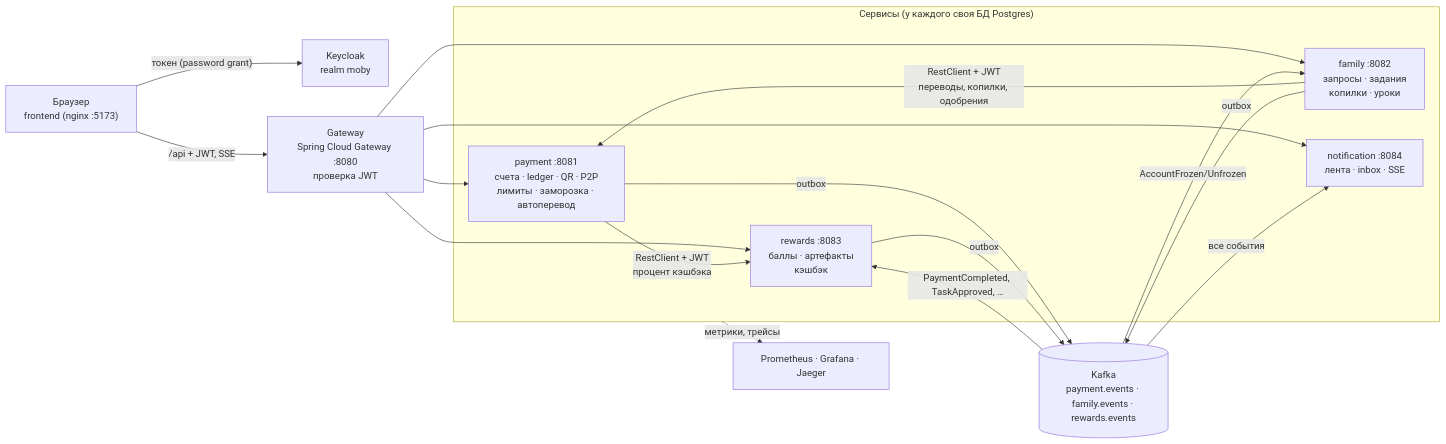
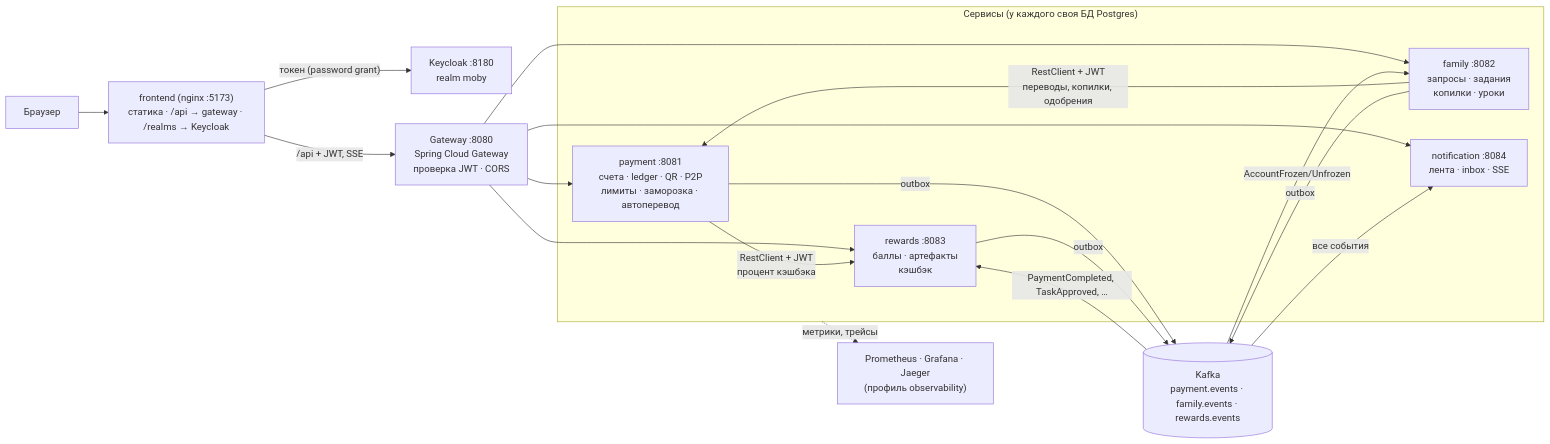
The diagram in README.md (Mike010111/Moby-family), drawn with Mermaid before and after one commit. The commit also changed other lines of this file and 35 other files, not shown here.

````diff
--- a/README.md
+++ b/README.md
@@ -41,29 +21,31 @@
 ```mermaid
 flowchart LR
-    browser["Браузер<br/>frontend (nginx :5173)"]
-    kc["Keycloak<br/>realm moby"]
-    gw["Gateway<br/>Spring Cloud Gateway :8080<br/>проверка JWT"]
+    browser["Браузер"]
+    front["frontend (nginx :5173)<br/>статика · /api → gateway · /realms → Keycloak"]
+    kc["Keycloak :8180<br/>realm moby"]
+    gw["Gateway :8080<br/>Spring Cloud Gateway<br/>проверка JWT · CORS"]
 
     subgraph services["Сервисы (у каждого своя БД Postgres)"]
         pay["payment :8081<br/>счета · ledger · QR · P2P<br/>лимиты · заморозка · автоперевод"]
         fam["family :8082<br/>запросы · задания<br/>копилки · уроки"]
         rew["rewards :8083<br/>баллы · артефакты<br/>кэшбэк"]
         ntf["notification :8084<br/>лента · inbox · SSE"]
     end
 
     kafka[("Kafka<br/>payment.events · family.events · rewards.events")]
-    obs["Prometheus · Grafana · Jaeger"]
+    obs["Prometheus · Grafana · Jaeger<br/>(профиль observability)"]
 
-    browser -- "токен (password grant)" --> kc
-    browser -- "/api + JWT, SSE" --> gw
+    browser --> front
+    front -- "токен (password grant)" --> kc
+    front -- "/api + JWT, SSE" --> gw
     gw --> pay & fam & rew & ntf
     fam -- "RestClient + JWT<br/>переводы, копилки, одобрения" --> pay
     pay -- "RestClient + JWT<br/>процент кэшбэка" --> rew
     pay -- outbox --> kafka
     fam -- outbox --> kafka
     rew -- outbox --> kafka
     kafka -- "AccountFrozen/Unfrozen" --> fam
     kafka -- "PaymentCompleted, TaskApproved, …" --> rew
     kafka -- "все события" --> ntf
     services -. "метрики, трейсы" .-> obs
 ```
````
